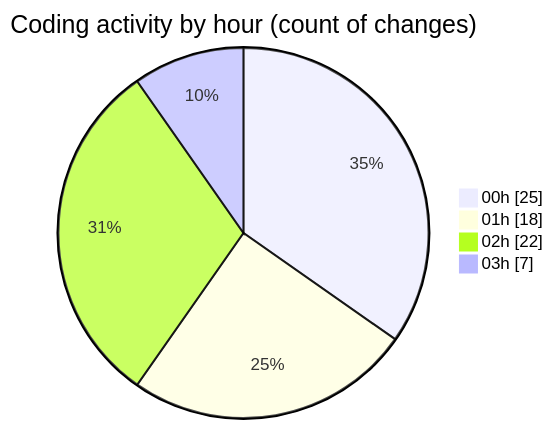
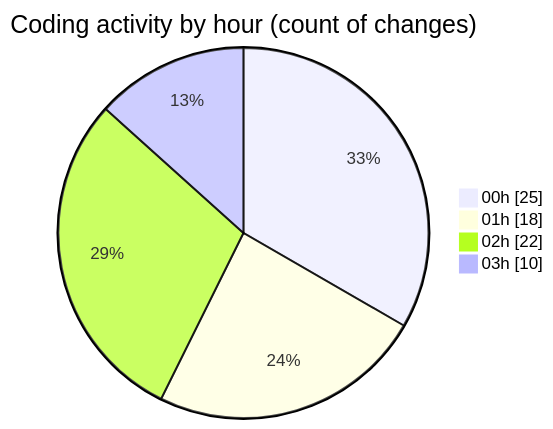
One commit to EIIisD/code-tracking changed the second of 2 diagrams in 2025-07-18/ribbon/README.md. Above: the diagram before and after it, drawn with Mermaid. The commit also changed other lines of this file and 1 other file, not shown here.

````diff
--- a/2025-07-18/ribbon/README.md
+++ b/2025-07-18/ribbon/README.md
@@ -40,8 +40,8 @@
 ```mermaid
 pie showData
 title Coding activity by hour (count of changes)
 "00h" : 25
 "01h" : 18
 "02h" : 22
-"03h" : 7
+"03h" : 10
 ```
````
